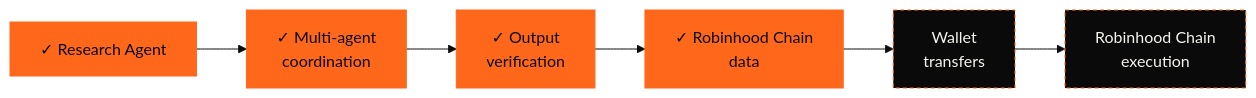
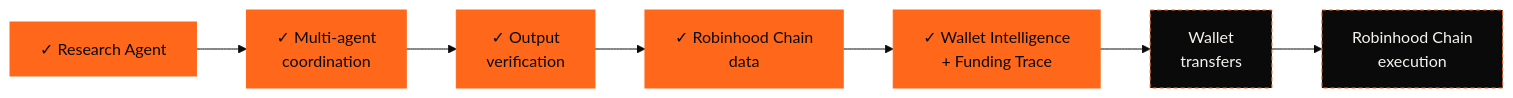
One commit to SyncronixLabs/SyncronixLabs changed the third of 3 diagrams in README.md. Above: the diagram before and after it, drawn with Mermaid (base theme). The commit also changed other lines of this file, not shown here.

Commit message:
Add Wallet Intelligence, Funding Trace and opt-in AI wallet analysis to the profile

````diff
--- a/README.md
+++ b/README.md
@@ -203,6 +247,6 @@
 ```mermaid
 flowchart LR
-    A["✓ Research Agent"]:::live --> B["✓ Multi-agent<br/>coordination"]:::live --> C["✓ Output<br/>verification"]:::live --> F["✓ Robinhood Chain<br/>data"]:::live --> W["Wallet<br/>transfers"]:::next --> D["Robinhood Chain<br/>execution"]:::next
+    A["✓ Research Agent"]:::live --> B["✓ Multi-agent<br/>coordination"]:::live --> C["✓ Output<br/>verification"]:::live --> F["✓ Robinhood Chain<br/>data"]:::live --> I["✓ Wallet Intelligence<br/>+ Funding Trace"]:::live --> W["Wallet<br/>transfers"]:::next --> D["Robinhood Chain<br/>execution"]:::next
     classDef live fill:#FF681B,stroke:#FF681B,color:#0A0A0A
     classDef next fill:#0A0A0A,stroke:#FF681B,color:#F5F3EE,stroke-dasharray:4 3
 ```
````
